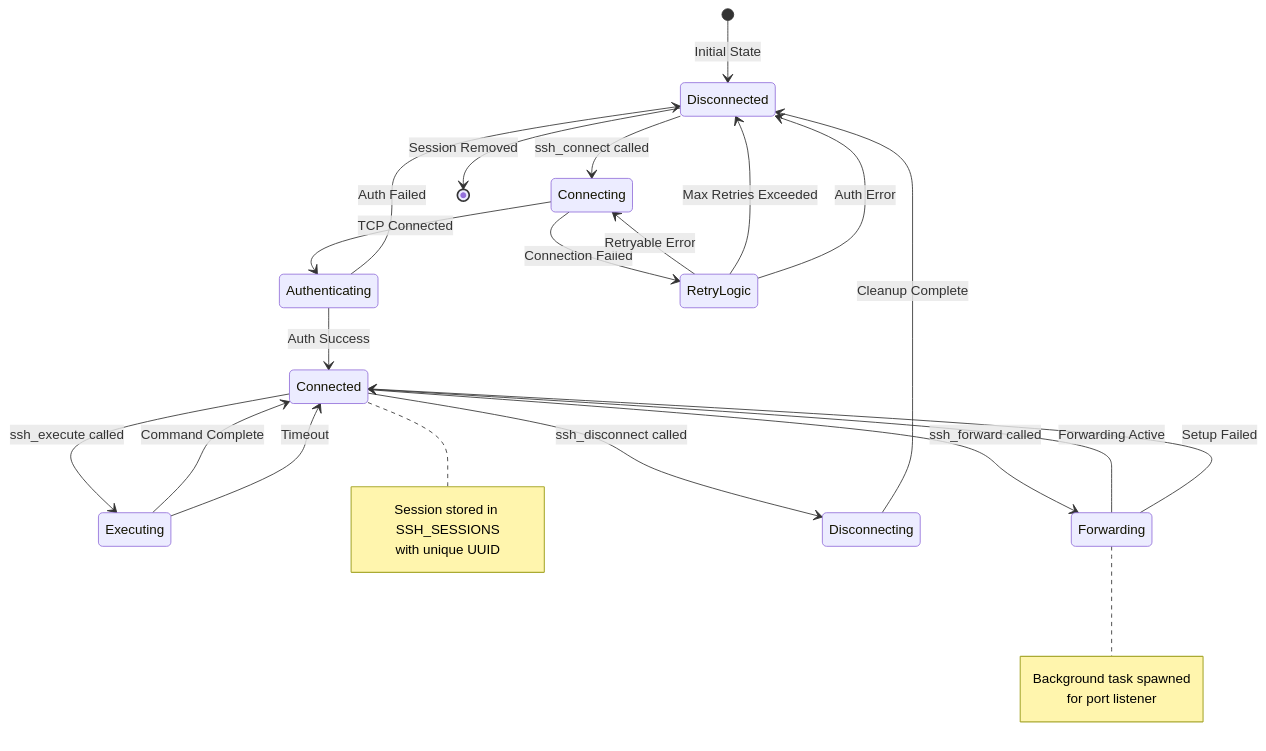
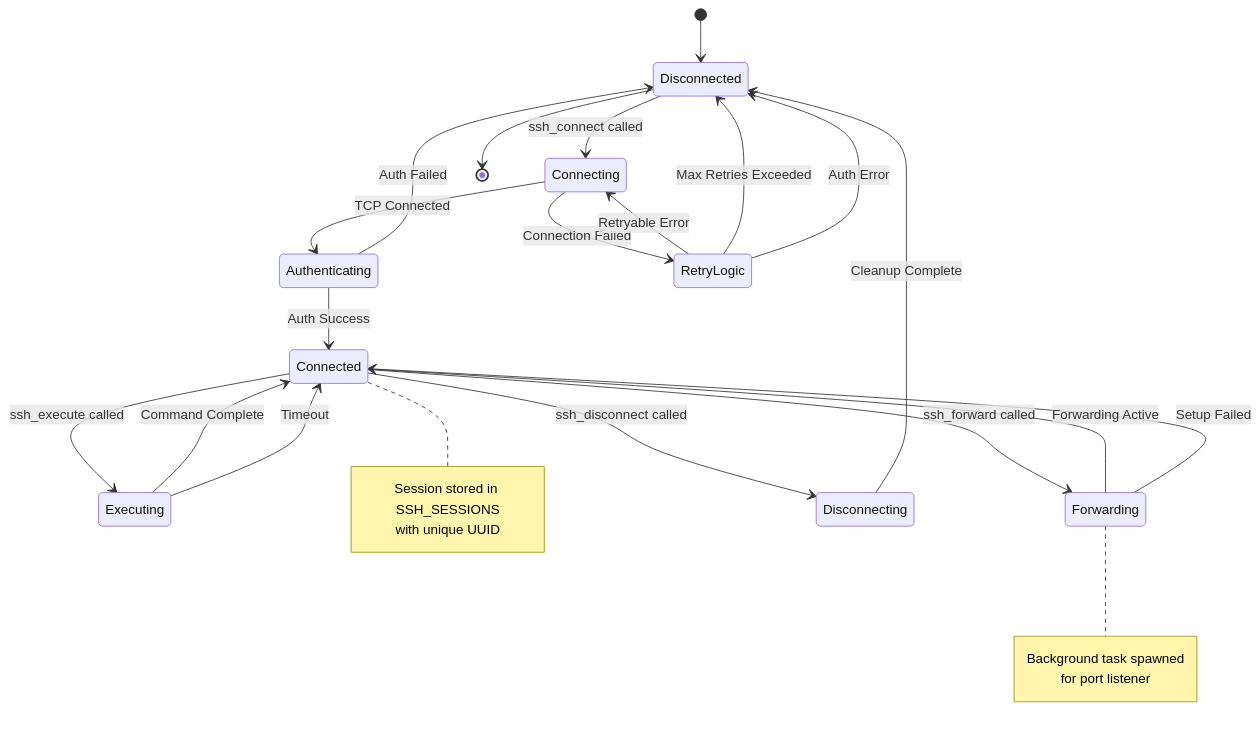
Before and after one commit to farchanjo/ssh-mcp: the first of 14 diagrams in docs/FLOWS.md, drawn with Mermaid. The commit also changed other lines of this file, not shown here.

First line of the commit message:
docs(flows): update sequence diagrams for russh refactor

````diff
--- a/docs/FLOWS.md
+++ b/docs/FLOWS.md
@@ -20,40 +20,40 @@
 ```mermaid
 stateDiagram-v2
-    [*] --> Disconnected: Initial State
+    [*] --> Disconnected
 
     Disconnected --> Connecting: ssh_connect called
 
     Connecting --> Authenticating: TCP Connected
     Connecting --> RetryLogic: Connection Failed
 
     RetryLogic --> Connecting: Retryable Error
     RetryLogic --> Disconnected: Max Retries Exceeded
     RetryLogic --> Disconnected: Auth Error
 
     Authenticating --> Connected: Auth Success
     Authenticating --> Disconnected: Auth Failed
 
     Connected --> Executing: ssh_execute called
     Connected --> Forwarding: ssh_forward called
     Connected --> Disconnecting: ssh_disconnect called
 
     Executing --> Connected: Command Complete
     Executing --> Connected: Timeout
 
     Forwarding --> Connected: Forwarding Active
     Forwarding --> Connected: Setup Failed
 
     Disconnecting --> Disconnected: Cleanup Complete
 
-    Disconnected --> [*]: Session Removed
+    Disconnected --> [*]
 
     note right of Connected
         Session stored in SSH_SESSIONS
         with unique UUID
     end note
 
     note right of Forwarding
         Background task spawned
         for port listener
     end note
 ```
````
